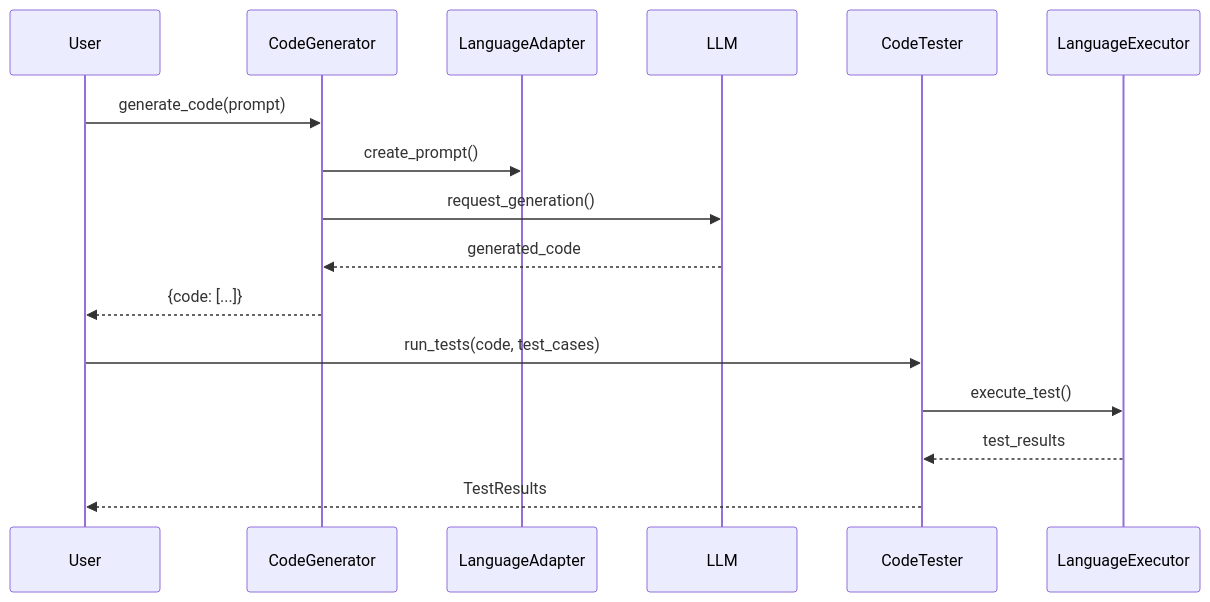
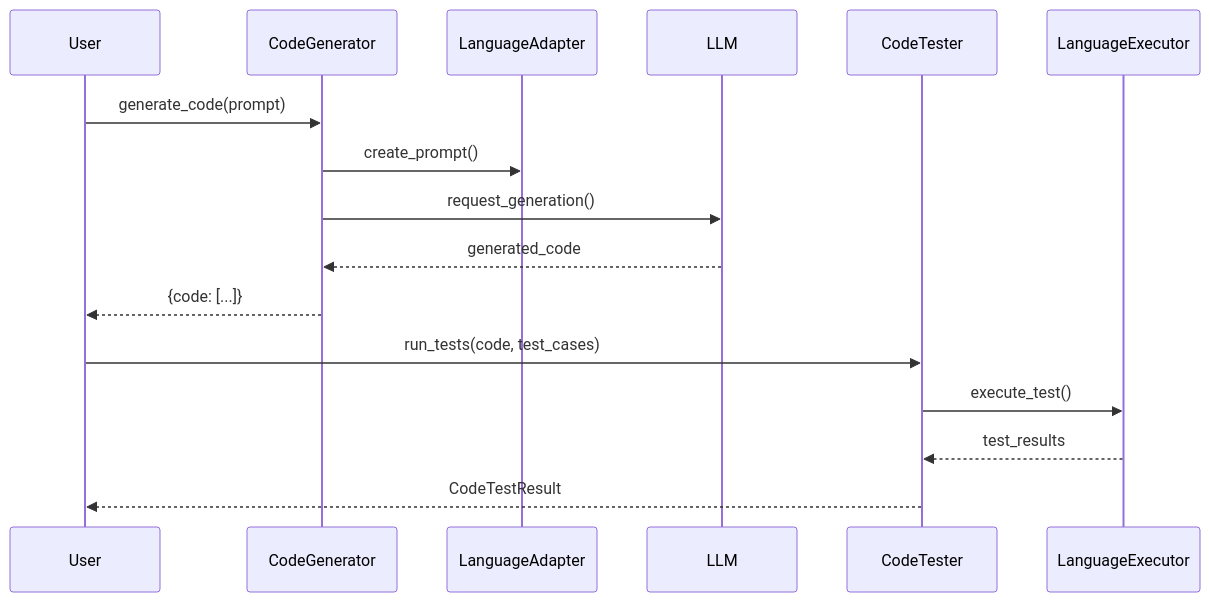
The diagram in docs/developer/components/index.md (CoffeePoweredComputers/eiplgrader), drawn with Mermaid before and after one commit. The commit also changed 3 other files, not shown here.

````diff
--- a/docs/developer/components/index.md
+++ b/docs/developer/components/index.md
@@ -61,20 +61,20 @@
 ```mermaid
 sequenceDiagram
     participant User
     participant CodeGenerator
     participant LanguageAdapter
     participant LLM
     participant CodeTester
     participant LanguageExecutor
     
     User->>CodeGenerator: generate_code(prompt)
     CodeGenerator->>LanguageAdapter: create_prompt()
     CodeGenerator->>LLM: request_generation()
     LLM-->>CodeGenerator: generated_code
     CodeGenerator-->>User: {code: [...]}
     
     User->>CodeTester: run_tests(code, test_cases)
     CodeTester->>LanguageExecutor: execute_test()
     LanguageExecutor-->>CodeTester: test_results
-    CodeTester-->>User: TestResults
+    CodeTester-->>User: CodeTestResult
 ```
````
